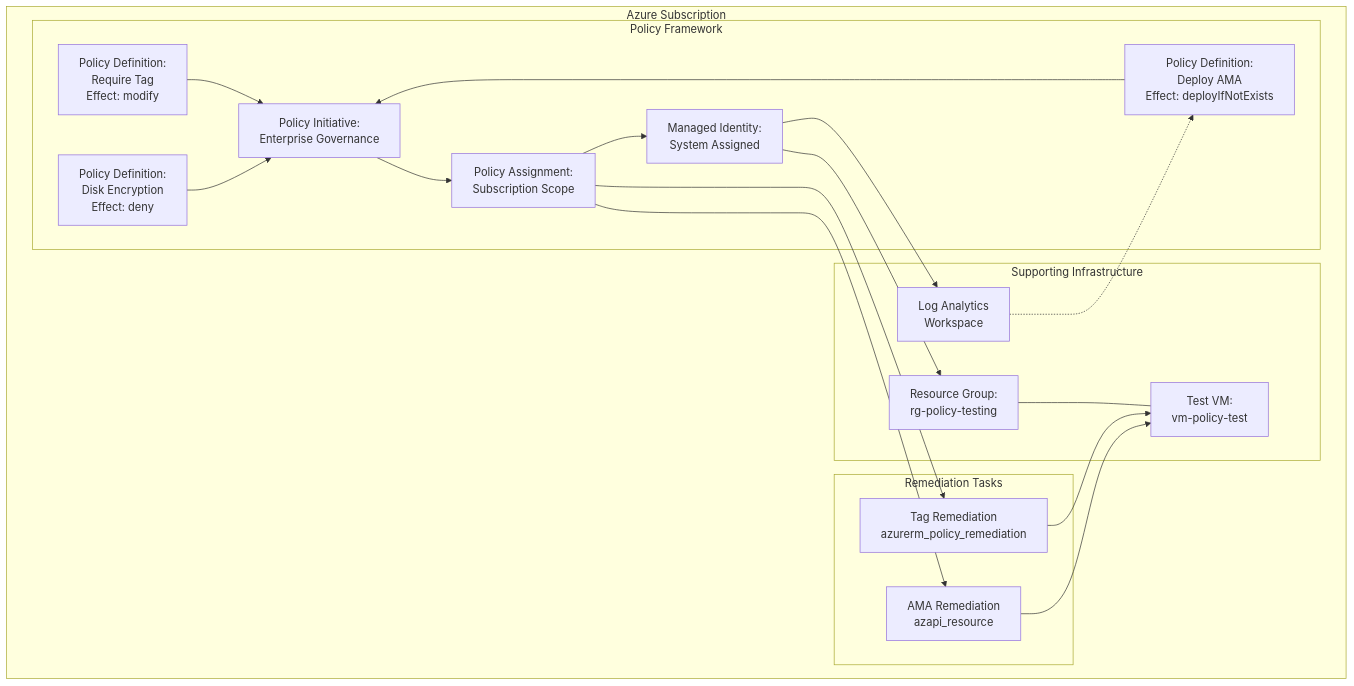
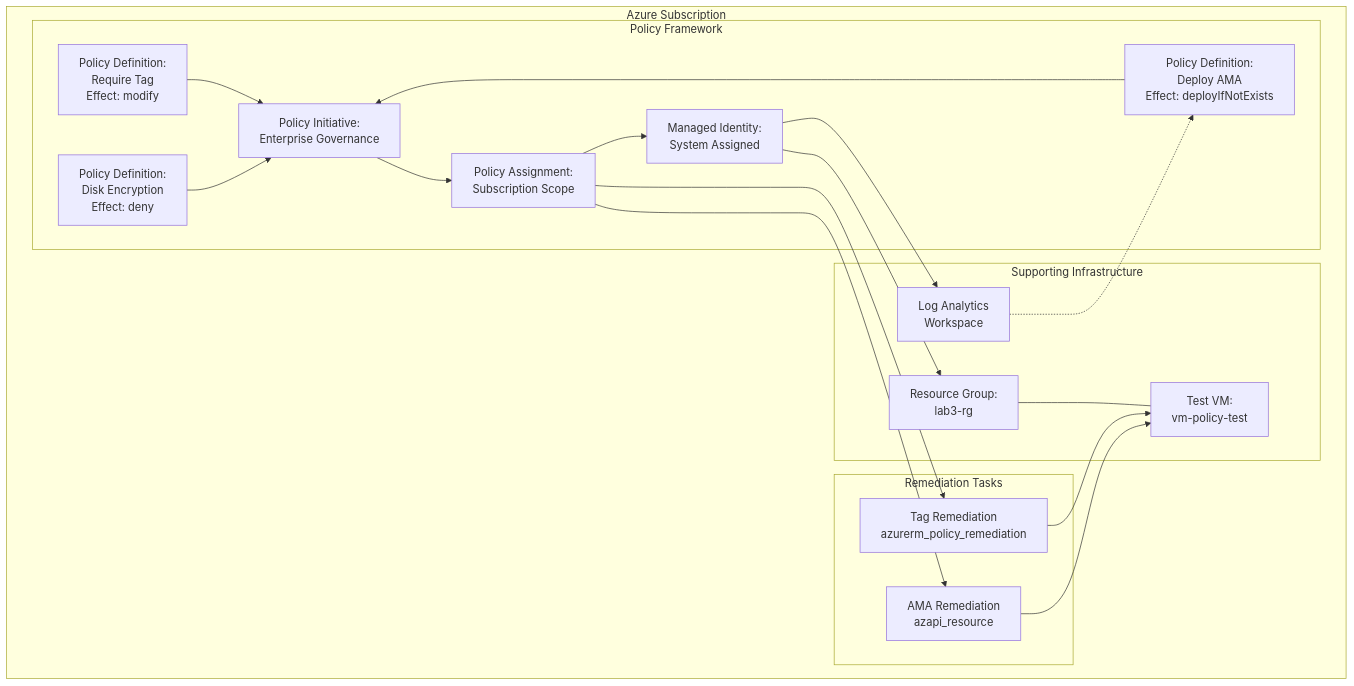
Before and after one commit to huangyingting/terraform-advanced-workshop: the third of 4 diagrams in README.md, drawn with Mermaid. The commit also changed 8 other files, not shown here.

````diff
--- a/README.md
+++ b/README.md
@@ -171,42 +171,42 @@
 ```mermaid
 graph TB
     subgraph "Azure Subscription"
         subgraph "Policy Framework"
             PD1[Policy Definition:<br/>Require Tag<br/>Effect: modify]
             PD2[Policy Definition:<br/>Disk Encryption<br/>Effect: deny]
             PD3[Policy Definition:<br/>Deploy AMA<br/>Effect: deployIfNotExists]
             
             PI[Policy Initiative:<br/>Enterprise Governance]
             PA[Policy Assignment:<br/>Subscription Scope]
             MI[Managed Identity:<br/>System Assigned]
             
             PD1 --> PI
             PD2 --> PI
             PD3 --> PI
             PI --> PA
             PA --> MI
         end
         
         subgraph "Supporting Infrastructure"
             LAW[Log Analytics<br/>Workspace]
-            RG[Resource Group:<br/>rg-policy-testing]
+            RG[Resource Group:<br/>lab3-rg]
             VM[Test VM:<br/>vm-policy-test]
             
             LAW -.-> PD3
             RG --- VM
         end
         
         subgraph "Remediation Tasks"
             RT1[Tag Remediation<br/>azurerm_policy_remediation]
             RT2[AMA Remediation<br/>azapi_resource]
             
             PA --> RT1
             PA --> RT2
         end
         
         MI --> LAW
         MI --> RG
         RT1 --> VM
         RT2 --> VM
     end
 ```
````
